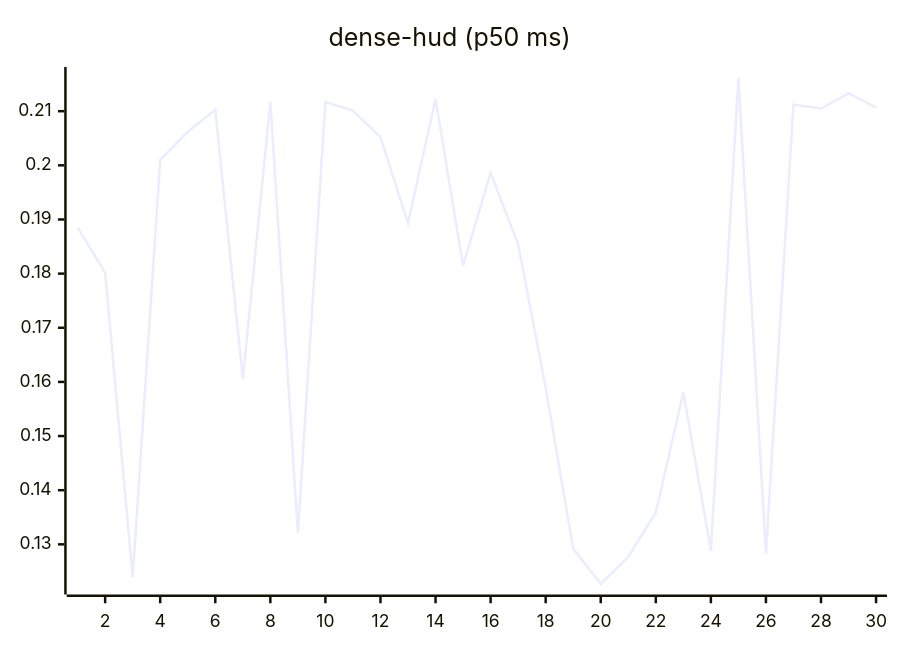
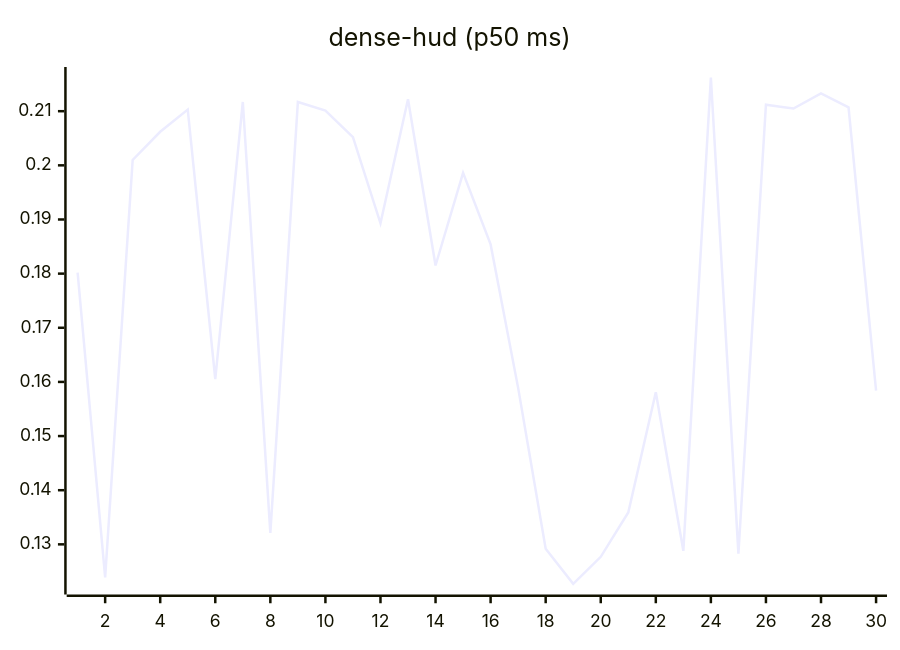
Before and after one commit to josha/Facet: the eighth of 27 diagrams in README.md, drawn with Mermaid. The commit also changed other lines of this file and 2 other files, not shown here.

````diff
--- a/README.md
+++ b/README.md
@@ -112,6 +112,6 @@
 ```mermaid
 xychart-beta
     title "dense-hud (p50 ms)"
     x-axis 1 --> 30
-    line [0.1885, 0.1802, 0.1239, 0.2010, 0.2062, 0.2103, 0.1605, 0.2117, 0.1321, 0.2117, 0.2101, 0.2052, 0.1893, 0.2122, 0.1815, 0.1986, 0.1854, 0.1589, 0.1292, 0.1227, 0.1277, 0.1359, 0.1581, 0.1288, 0.2162, 0.1283, 0.2112, 0.2105, 0.2133, 0.2107]
+    line [0.1802, 0.1239, 0.2010, 0.2062, 0.2103, 0.1605, 0.2117, 0.1321, 0.2117, 0.2101, 0.2052, 0.1893, 0.2122, 0.1815, 0.1986, 0.1854, 0.1589, 0.1292, 0.1227, 0.1277, 0.1359, 0.1581, 0.1288, 0.2162, 0.1283, 0.2112, 0.2105, 0.2133, 0.2107, 0.1584]
 ```
````
